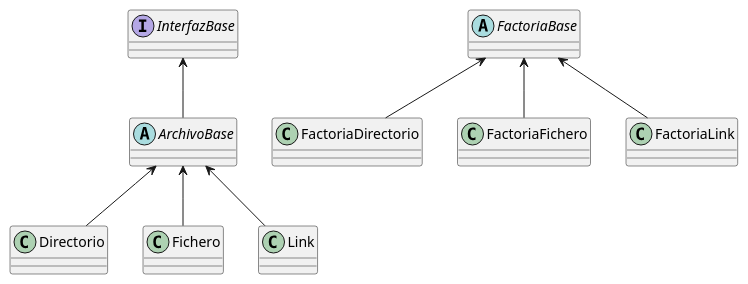
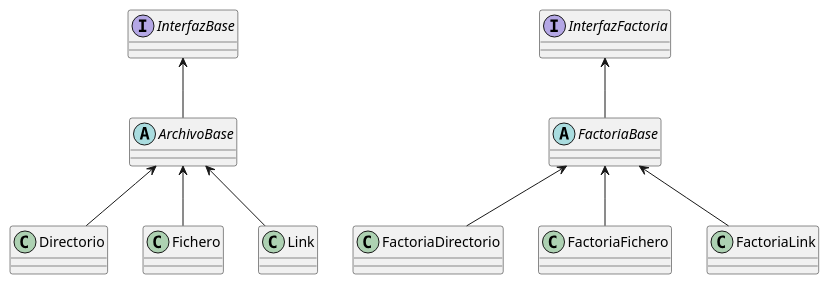
The diagram in README.md (RRG1312/PatronesEstructuralesEjercicio2), drawn with PlantUML before and after one commit. The commit also changed other lines of this file, not shown here.

```diff
--- a/README.md
+++ b/README.md
@@ -5,23 +5,25 @@
 @startuml  
 
 interface InterfazBase  
 abstract class ArchivoBase  
 class Directorio  
-class Fichero  
+class Fichero   
 class Link  
 
+interface InterfazFactoria  
 abstract class FactoriaBase  
 class FactoriaDirectorio  
 class FactoriaFichero  
 class FactoriaLink  
 
 InterfazBase <-- ArchivoBase  
 ArchivoBase <-- Directorio  
 ArchivoBase <-- Fichero  
 ArchivoBase <-- Link   
 
+InterfazFactoria <-- FactoriaBase  
 FactoriaBase <-- FactoriaDirectorio  
 FactoriaBase <-- FactoriaFichero  
 FactoriaBase <-- FactoriaLink  
 
-@enduml  
+@enduml   
```
